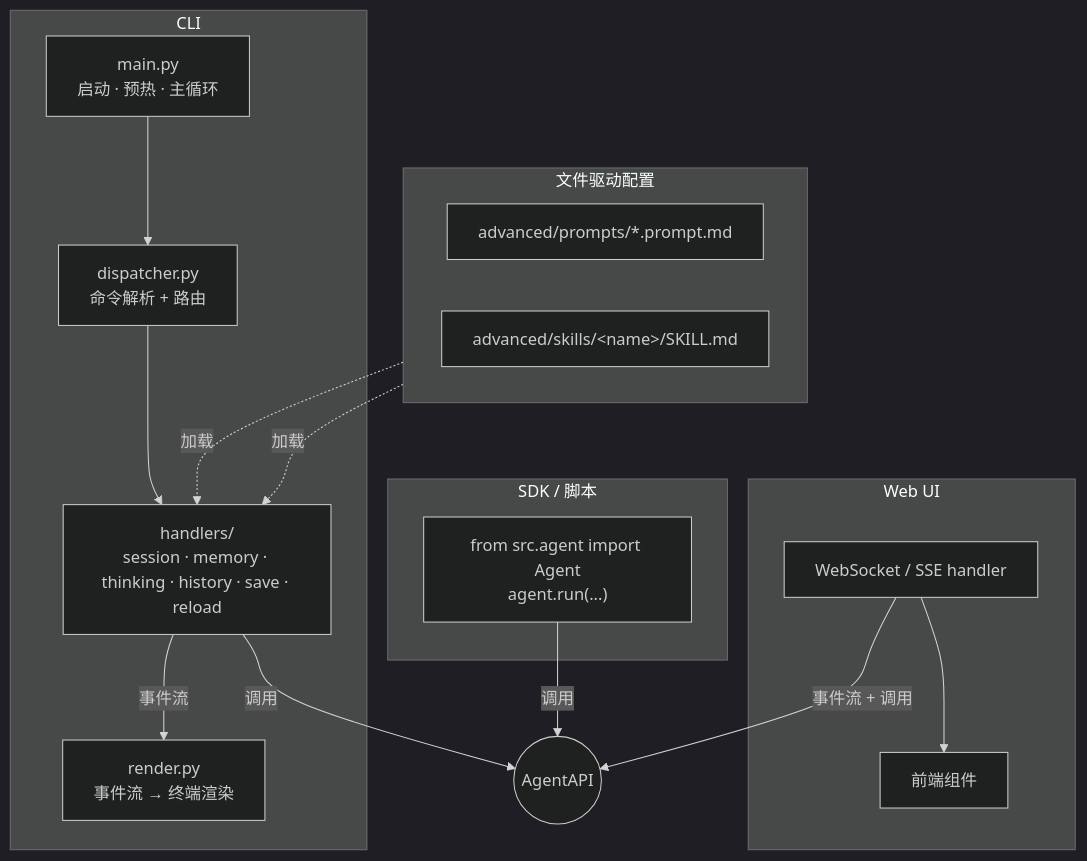
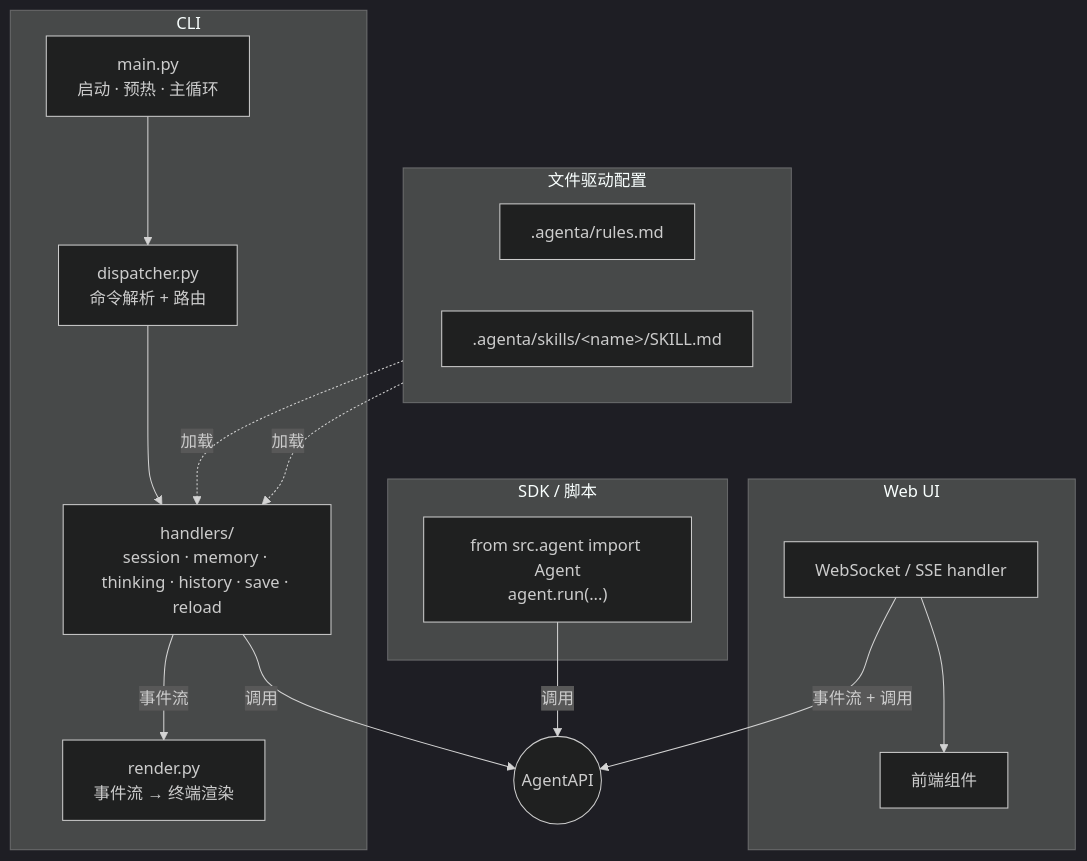
Diagram 15 of 15 in docs/design.md (michaelwangzhenan/AgentA), drawn with Mermaid (dark theme) before and after one commit. The commit also changed other lines of this file and 38 other files, not shown here.

````diff
--- a/docs/design.md
+++ b/docs/design.md
@@ -550,35 +631,35 @@
 ```mermaid
 flowchart TB
     subgraph CLI["CLI"]
         ENTRY["main.py<br/>启动 · 预热 · 主循环"]
         DISPATCH["dispatcher.py<br/>命令解析 + 路由"]
         H["handlers/<br/>session · memory · thinking · history · save · reload"]
         RENDER["render.py<br/>事件流 → 终端渲染"]
         ENTRY --> DISPATCH --> H
         H -->|"事件流"| RENDER
     end
 
     subgraph WEB["Web UI"]
         WS["WebSocket / SSE handler"]
         UI["前端组件"]
         WS --> UI
     end
 
     subgraph SDK["SDK / 脚本"]
         SCRIPT["from src.agent import Agent<br/>agent.run(...)"]
     end
 
     AAPI(("AgentAPI"))
 
     subgraph FILES["文件驱动配置"]
         direction LR
-        P["advanced/prompts/*.prompt.md"]
-        SK["advanced/skills/&lt;name&gt;/SKILL.md"]
+        R[".agenta/rules.md"]
+        SK[".agenta/skills/&lt;name&gt;/SKILL.md"]
     end
 
     H -->|"调用"| AAPI
     WS -->|"事件流 + 调用"| AAPI
     SCRIPT -->|"调用"| AAPI
-    P -.加载.-> H
+    R -.加载.-> H
     SK -.加载.-> H
 ```
````
